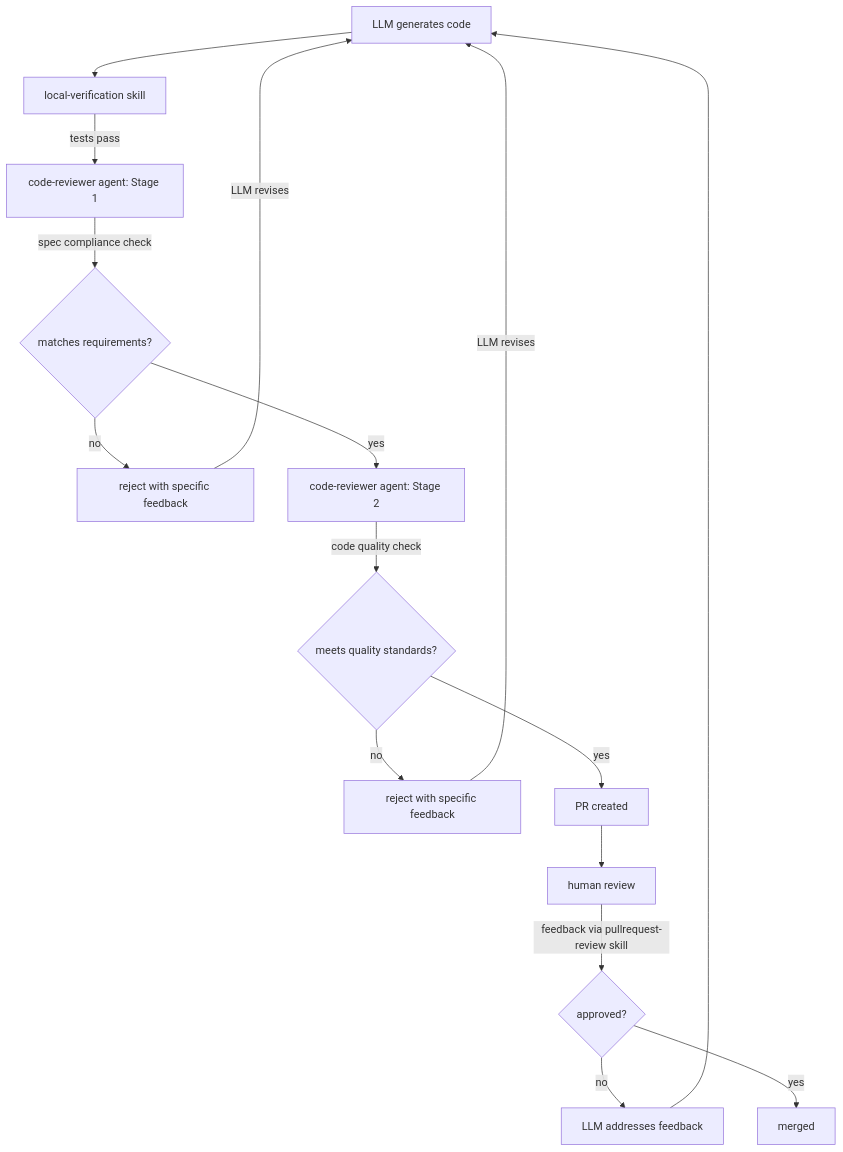
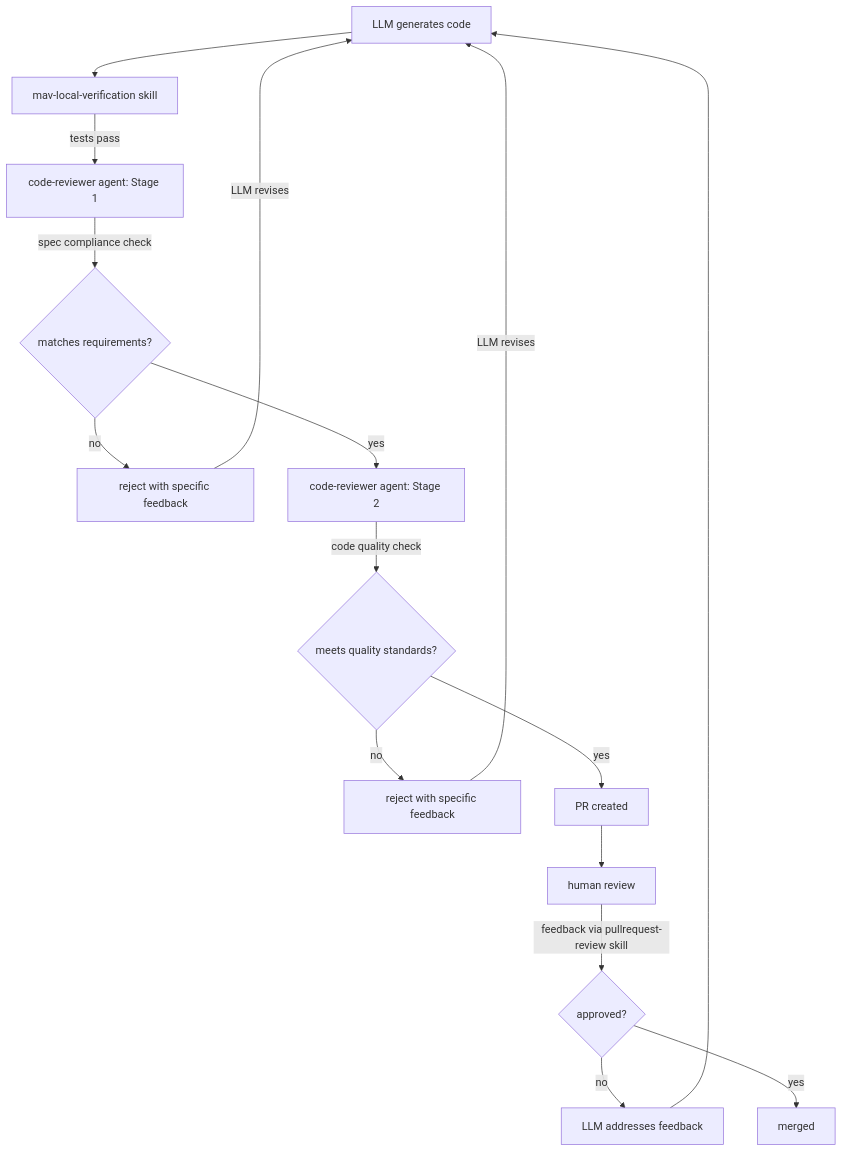
One commit to thermiteau/maverick-private changed the first of 2 diagrams in docs/code-review.md. Above: the diagram before and after it, drawn with Mermaid. The commit also changed 57 other files, not shown here.

````diff
--- a/docs/code-review.md
+++ b/docs/code-review.md
@@ -43,18 +43,18 @@
 ```mermaid
 flowchart TD
-    A[LLM generates code] --> B[local-verification skill]
+    A[LLM generates code] --> B[mav-local-verification skill]
     B -->|tests pass| C[code-reviewer agent: Stage 1]
     C -->|spec compliance check| D{matches requirements?}
     D -->|no| E[reject with specific feedback]
     E -->|LLM revises| A
     D -->|yes| F[code-reviewer agent: Stage 2]
     F -->|code quality check| G{meets quality standards?}
     G -->|no| H[reject with specific feedback]
     H -->|LLM revises| A
     G -->|yes| I[PR created]
     I --> J[human review]
     J -->|feedback via pullrequest-review skill| K{approved?}
     K -->|no| L[LLM addresses feedback]
     L --> A
     K -->|yes| M[merged]
 ```
````
